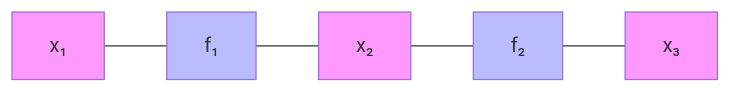
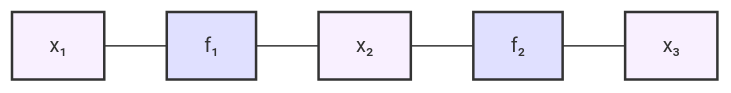
Before and after one commit to ActiveInferenceInstitute/cognitive: the fifth of 8 diagrams in docs/implementation/rxinfer/factor_graphs.md, drawn with Mermaid. The commit also changed other lines of this file and 7 other files, not shown here.

````diff
--- a/docs/implementation/rxinfer/factor_graphs.md
+++ b/docs/implementation/rxinfer/factor_graphs.md
@@ -202,9 +176,11 @@
 ```mermaid
+%%{init: {"theme": "base", "themeVariables": { "primaryColor": "#f9f0ff", "secondaryColor": "#e0e0ff"}}}%%
 graph LR
     X1[x₁] --- F1[f₁] --- X2[x₂] --- F2[f₂] --- X3[x₃]
-    style X1 fill:#f9f
-    style X2 fill:#f9f
-    style X3 fill:#f9f
-    style F1 fill:#bbf
-    style F2 fill:#bbf
+    
+    classDef varNode fill:#f9f0ff,stroke:#333,stroke-width:2px;
+    classDef factorNode fill:#e0e0ff,stroke:#333,stroke-width:2px;
+    
+    class X1,X2,X3 varNode;
+    class F1,F2 factorNode;
 ```
````
